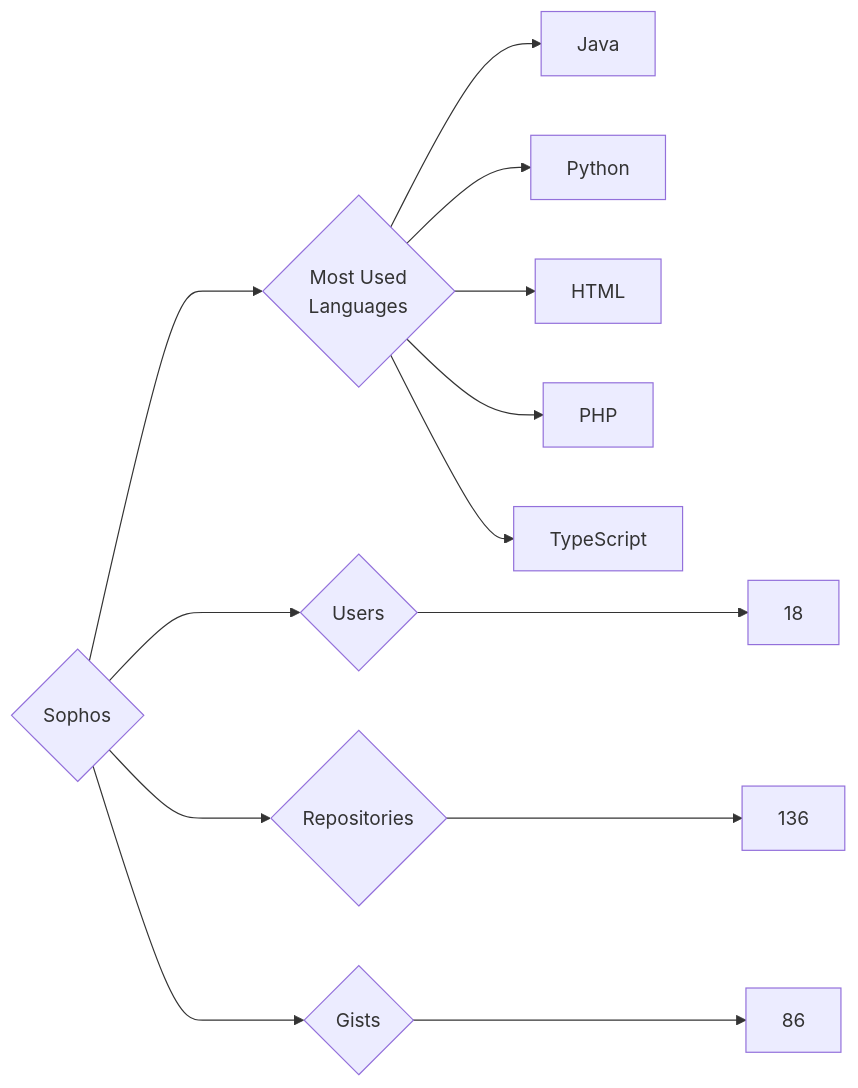
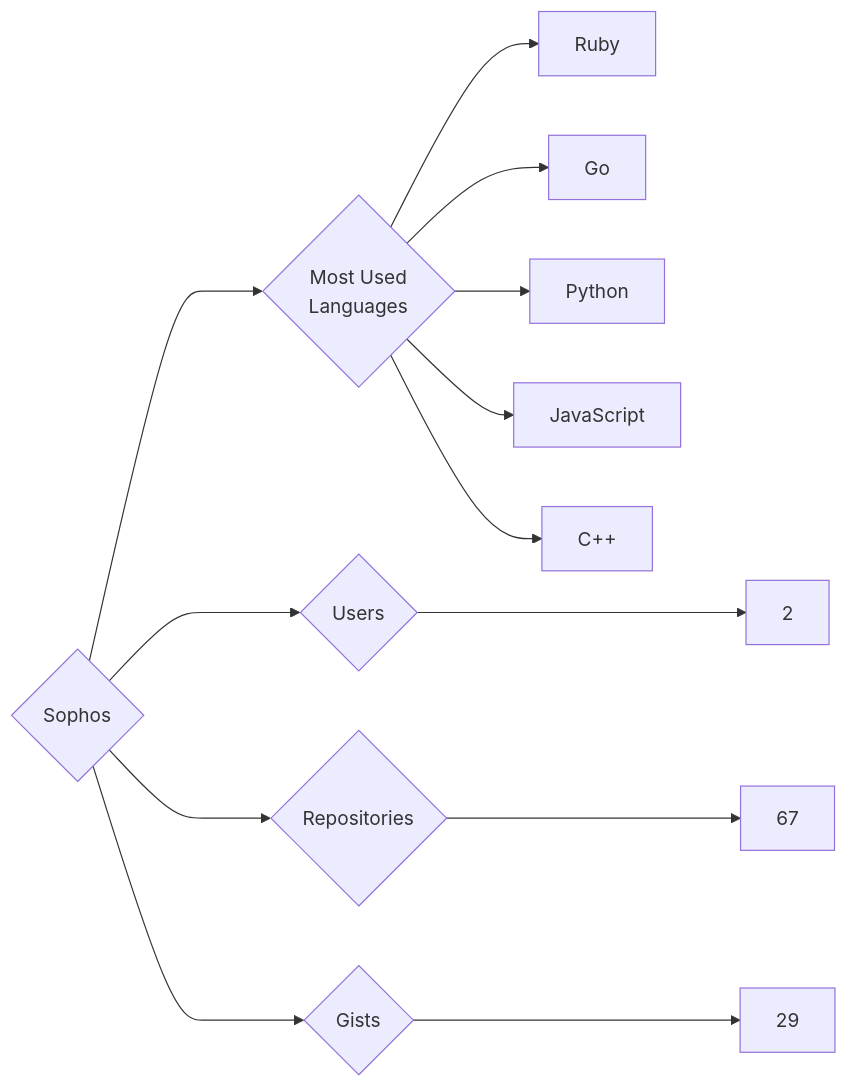
One commit to trickest/insiders changed the diagram in targets/Sophos/README.md. Above: the diagram before and after it, drawn with Mermaid. The commit also changed 964 other files, not shown here.

````diff
--- a/targets/Sophos/README.md
+++ b/targets/Sophos/README.md
@@ -3,13 +3,13 @@
 ```mermaid
 graph LR
 COMPANY_NAME{Sophos}
-COMPANY_NAME ---> U{Users} ---> UN[18]
-COMPANY_NAME ---> R{Repositories} ---> RN[136]
-COMPANY_NAME ---> G{Gists} ---> GN[86]
+COMPANY_NAME ---> U{Users} ---> UN[2]
+COMPANY_NAME ---> R{Repositories} ---> RN[67]
+COMPANY_NAME ---> G{Gists} ---> GN[29]
 COMPANY_NAME ---> ML{Most Used<br>Languages}
-ML --> Java[Java]
+ML --> Ruby[Ruby]
+ML --> Go[Go]
 ML --> Python[Python]
-ML --> HTML[HTML]
-ML --> PHP[PHP]
-ML --> TypeScript[TypeScript]
+ML --> JavaScript[JavaScript]
+ML --> C++[C++]
 ```
````
